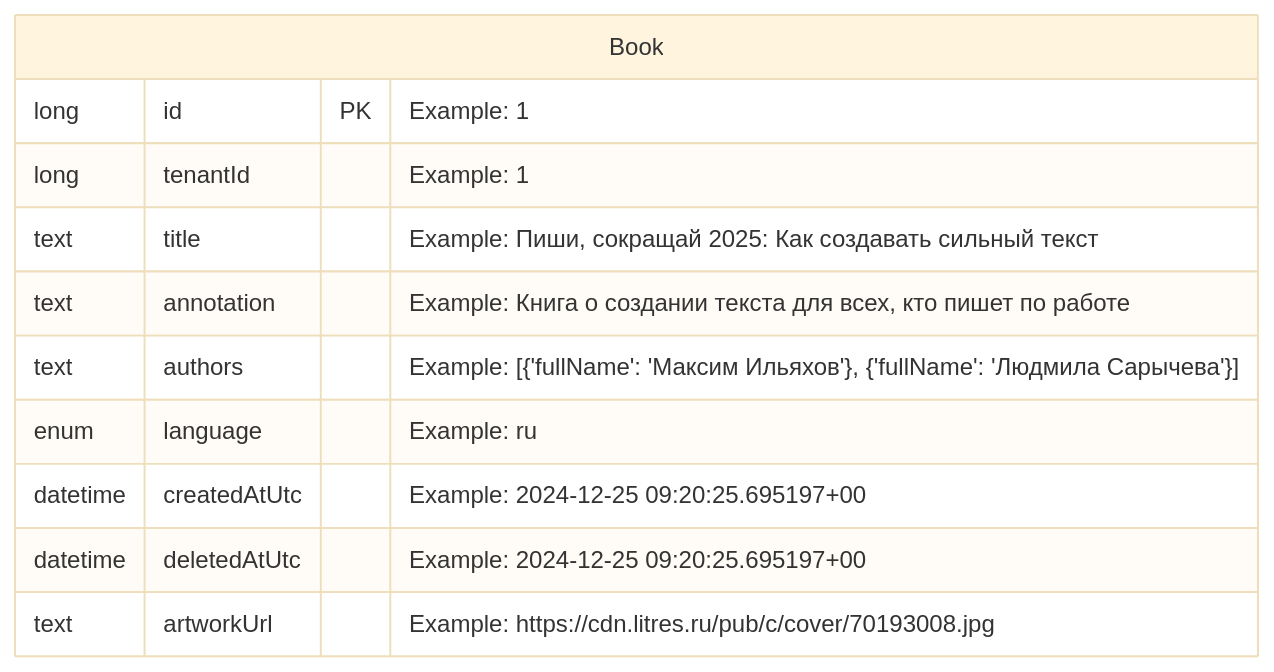
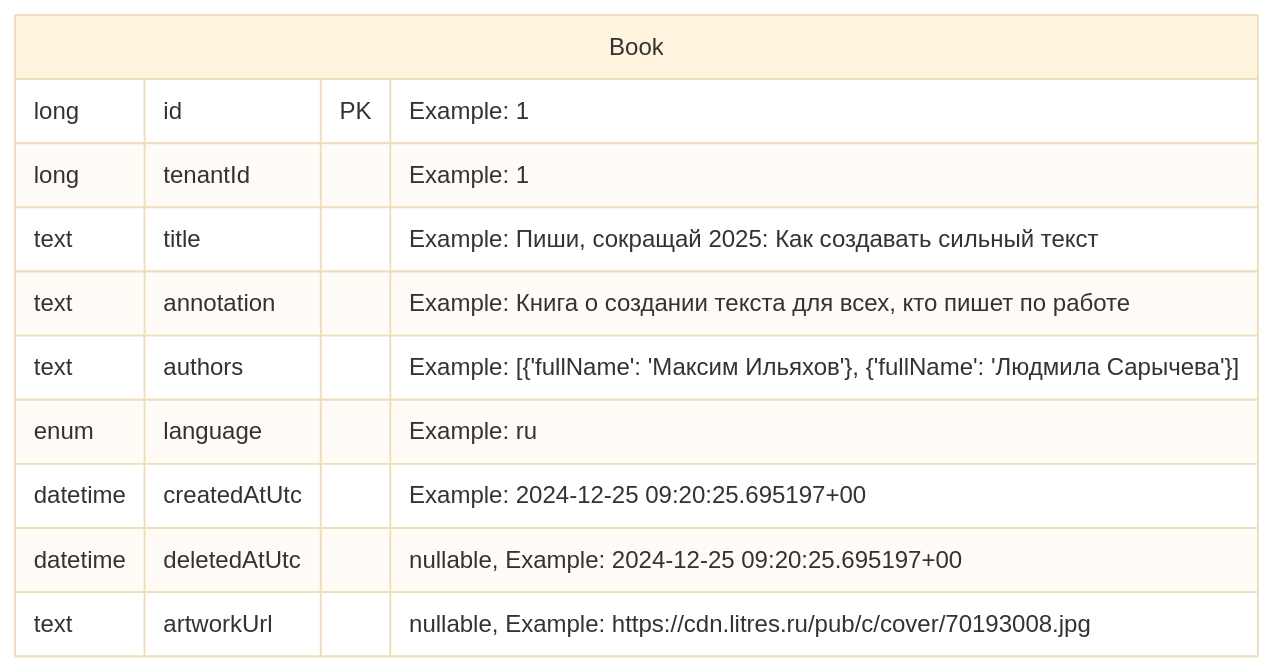
Before and after one commit to TourmalineCore/inner-circle-books-api: the diagram in README.md, drawn with Mermaid (base theme).

Commit message:
chore: mark some fields as nullable

````diff
--- a/README.md
+++ b/README.md
@@ -4,14 +4,14 @@
 ```mermaid
 erDiagram
 Book{
   long id PK "Example: 1"
   long tenantId "Example: 1"
   text title "Example: Пиши, сокращай 2025: Как создавать сильный текст" 
   text annotation "Example: Книга о создании текста для всех, кто пишет по работе"
   text authors "Example: [{'fullName': 'Максим Ильяхов'}, {'fullName': 'Людмила Сарычева'}]"
   enum language "Example: ru"
   datetime createdAtUtc "Example: 2024-12-25 09:20:25.695197+00"
-  datetime deletedAtUtc "Example: 2024-12-25 09:20:25.695197+00"
-  text artworkUrl "Example: https://cdn.litres.ru/pub/c/cover/70193008.jpg"
+  datetime deletedAtUtc "nullable, Example: 2024-12-25 09:20:25.695197+00"
+  text artworkUrl "nullable, Example: https://cdn.litres.ru/pub/c/cover/70193008.jpg"
 }
 ```
````
